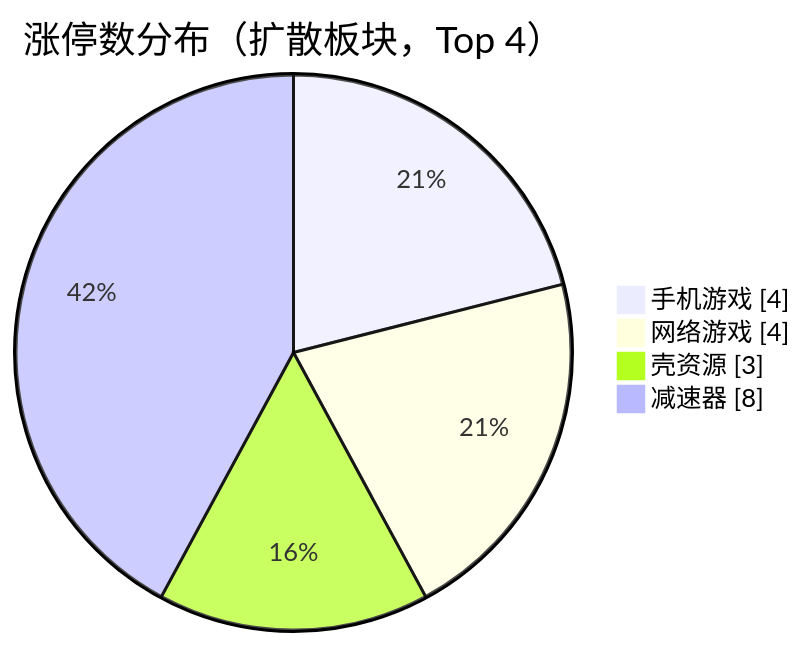
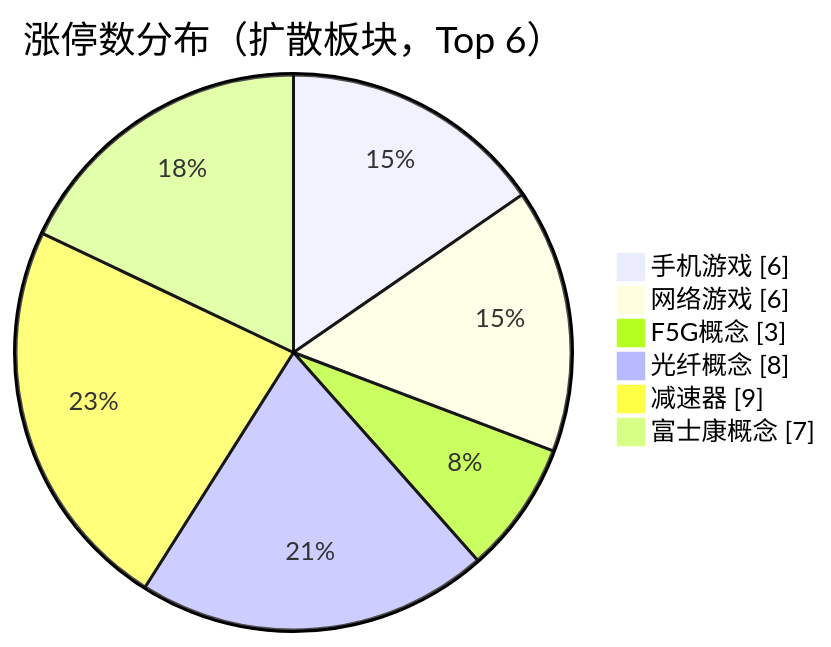
One commit to chenyang1999/chzl-kg changed the first of 3 diagrams in content/投研交易/盘中分析/20261111.md. Above: the diagram before and after it, drawn with Mermaid. The commit also changed other lines of this file and 1 other file, not shown here.

````diff
--- a/content/投研交易/盘中分析/20261111.md
+++ b/content/投研交易/盘中分析/20261111.md
@@ -30,8 +30,10 @@
 ```mermaid
 pie showData
-    title 涨停数分布（扩散板块，Top 4）
-    "手机游戏" : 4
-    "网络游戏" : 4
-    "壳资源" : 3
-    "减速器" : 8
+    title 涨停数分布（扩散板块，Top 6）
+    "手机游戏" : 6
+    "网络游戏" : 6
+    "F5G概念" : 3
+    "光纤概念" : 8
+    "减速器" : 9
+    "富士康概念" : 7
 ```
````
